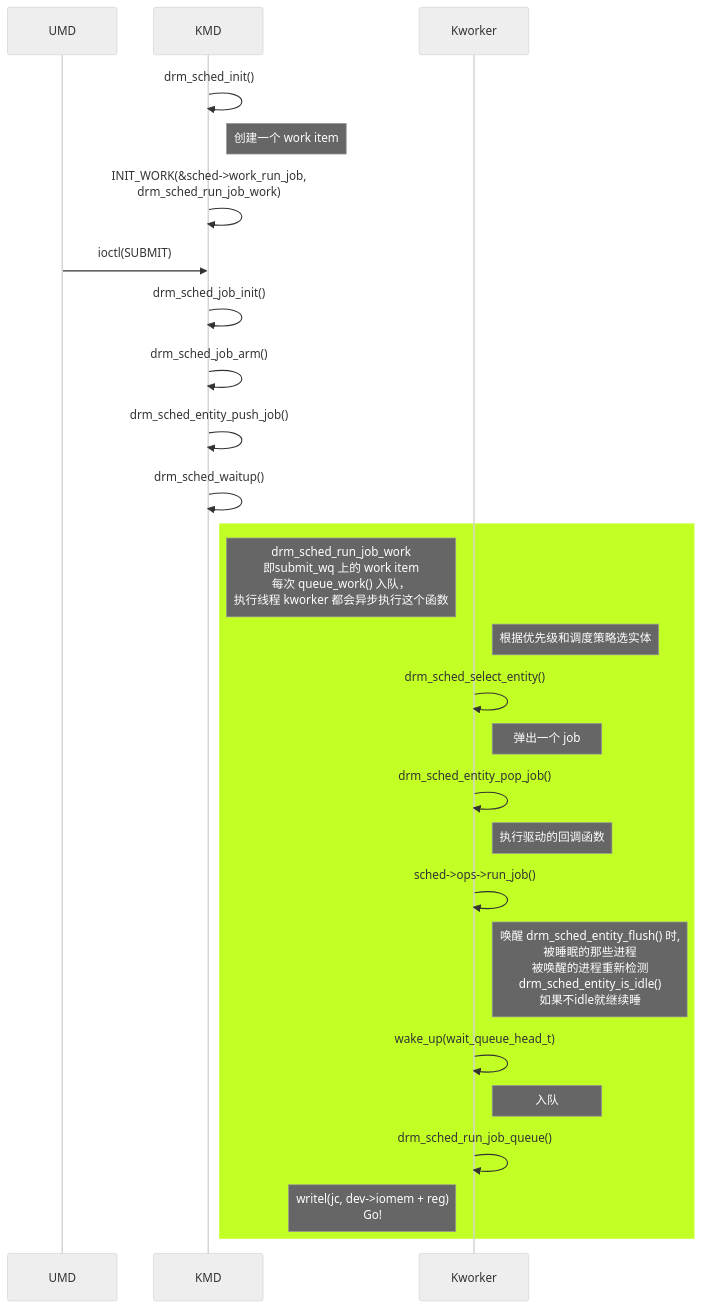
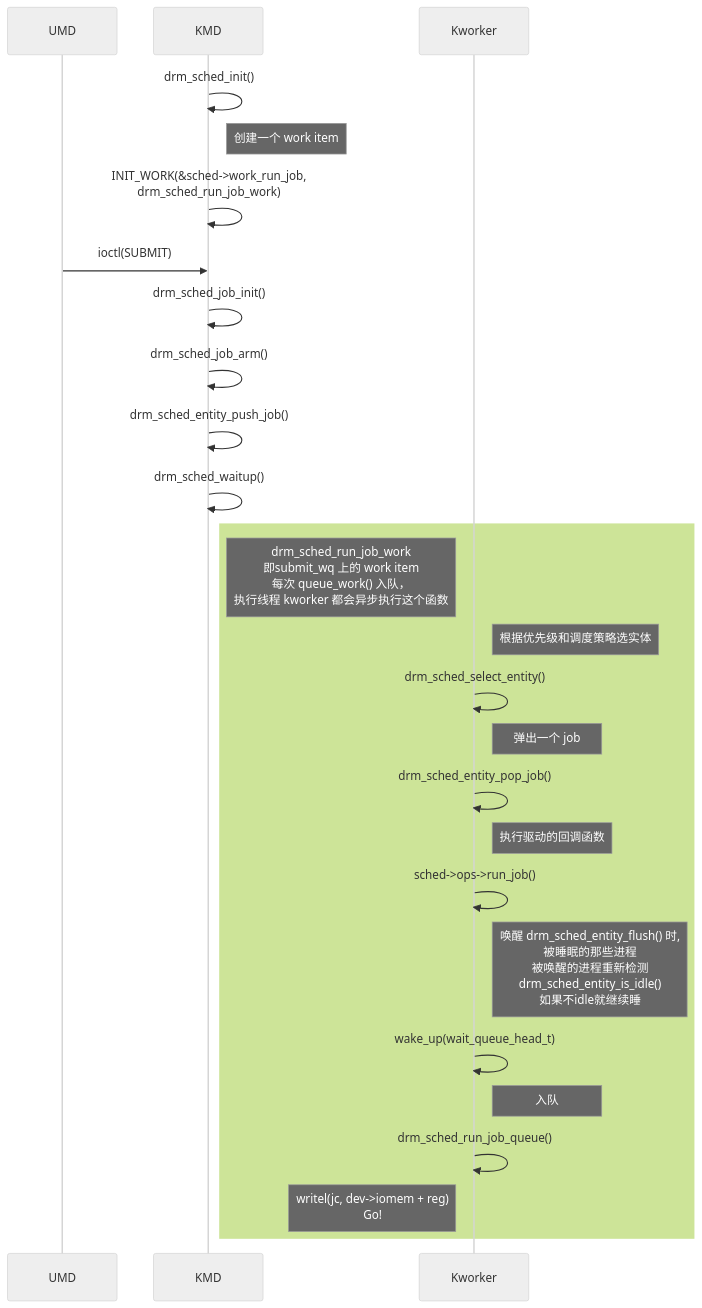
The fifth of 5 diagrams in source/_posts/lnx/gpu-sched.md (lucmann/lucmann.github.io), drawn with Mermaid (neutral theme) before and after one commit.

Commit message:
linux: snipaste can be used as colorpicker

````diff
--- a/source/_posts/lnx/gpu-sched.md
+++ b/source/_posts/lnx/gpu-sched.md
@@ -335,29 +335,29 @@
 ```mermaid
 sequenceDiagram
   participant UMD
   participant KMD
   participant Kworker
 
   KMD ->> KMD : drm_sched_init()
   note right of KMD : 创建一个 work item
   KMD ->> KMD : INIT_WORK(&sched->work_run_job,<br>drm_sched_run_job_work)
   UMD ->> KMD : ioctl(SUBMIT)
   KMD ->> KMD : drm_sched_job_init()
   KMD ->> KMD : drm_sched_job_arm()
   KMD ->> KMD : drm_sched_entity_push_job()
   KMD ->> KMD : drm_sched_waitup()
-  rect rgb(193, 255, 37)
+  rect rgb(205, 228, 152)
     note left of Kworker : drm_sched_run_job_work<br>即submit_wq 上的 work item<br>每次 queue_work() 入队，<br>执行线程 kworker 都会异步执行这个函数
     note right of Kworker : 根据优先级和调度策略选实体
     Kworker ->> Kworker : drm_sched_select_entity()
     note right of Kworker : 弹出一个 job
     Kworker ->> Kworker : drm_sched_entity_pop_job()
     note right of Kworker : 执行驱动的回调函数
     Kworker ->> Kworker : sched->ops->run_job()
     note right of Kworker : 唤醒 drm_sched_entity_flush() 时,<br>被睡眠的那些进程<br>被唤醒的进程重新检测<br>drm_sched_entity_is_idle()<br>如果不idle就继续睡
     Kworker ->> Kworker : wake_up(wait_queue_head_t)
     note right of Kworker : 入队
     Kworker ->> Kworker : drm_sched_run_job_queue()
     note left of Kworker : writel(jc, dev->iomem + reg)<br>Go!
   end
 ```
````
